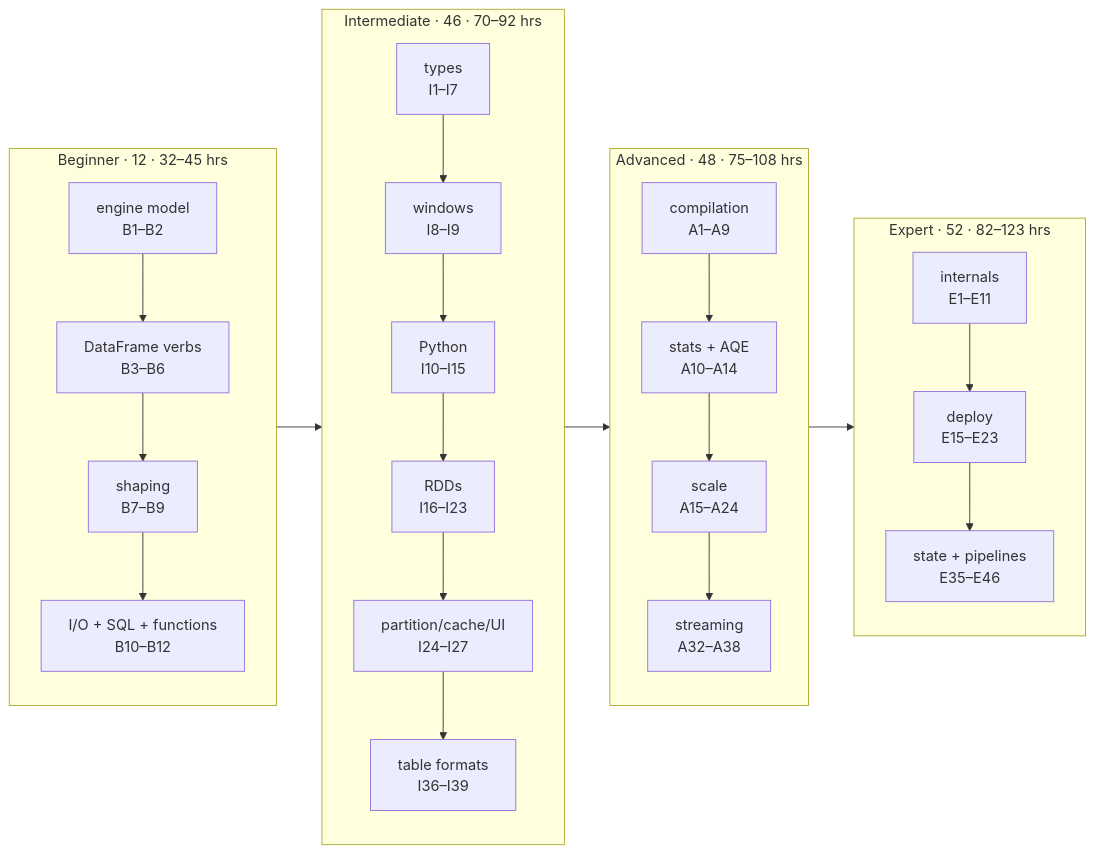
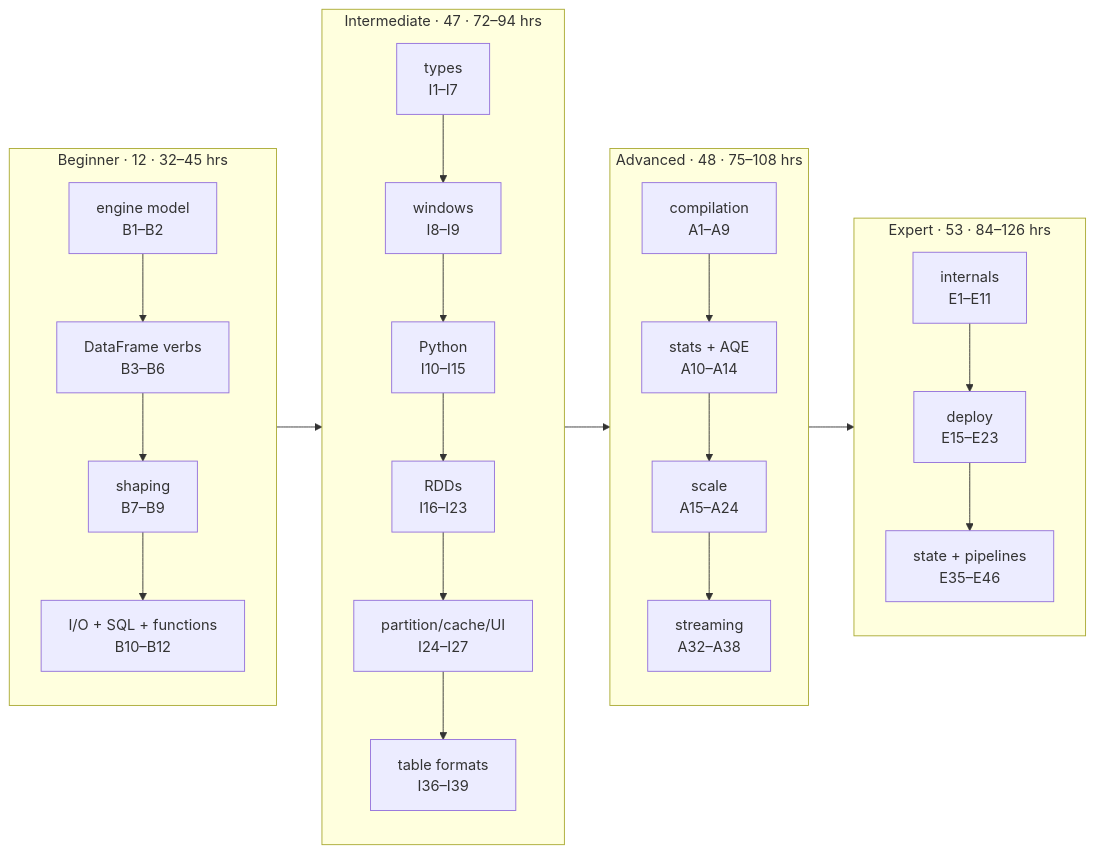
One commit to arindamchoudhury/spark-gyan changed the second of 2 diagrams in docs/learning-path-v2.md. Above: the diagram before and after it, drawn with Mermaid. The commit also changed other lines of this file, not shown here.

````diff
--- a/docs/learning-path-v2.md
+++ b/docs/learning-path-v2.md
@@ -2355,16 +2389,16 @@
 ```mermaid
 flowchart LR
     subgraph BEG["Beginner · 12 · 32–45 hrs"]
       B1["engine model<br/>B1–B2"] --> B2["DataFrame verbs<br/>B3–B6"] --> B3["shaping<br/>B7–B9"] --> B4["I/O + SQL + functions<br/>B10–B12"]
     end
-    subgraph INT["Intermediate · 46 · 70–92 hrs"]
+    subgraph INT["Intermediate · 47 · 72–94 hrs"]
       I1["types<br/>I1–I7"] --> I2["windows<br/>I8–I9"] --> I3["Python<br/>I10–I15"] --> I4["RDDs<br/>I16–I23"] --> I5["partition/cache/UI<br/>I24–I27"] --> I6["table formats<br/>I36–I39"]
     end
     subgraph ADV["Advanced · 48 · 75–108 hrs"]
       A1["compilation<br/>A1–A9"] --> A2["stats + AQE<br/>A10–A14"] --> A3["scale<br/>A15–A24"] --> A4["streaming<br/>A32–A38"]
     end
-    subgraph EXP["Expert · 52 · 82–123 hrs"]
+    subgraph EXP["Expert · 53 · 84–126 hrs"]
       E1["internals<br/>E1–E11"] --> E2["deploy<br/>E15–E23"] --> E3["state + pipelines<br/>E35–E46"]
     end
     BEG --> INT --> ADV --> EXP
 ```
````
